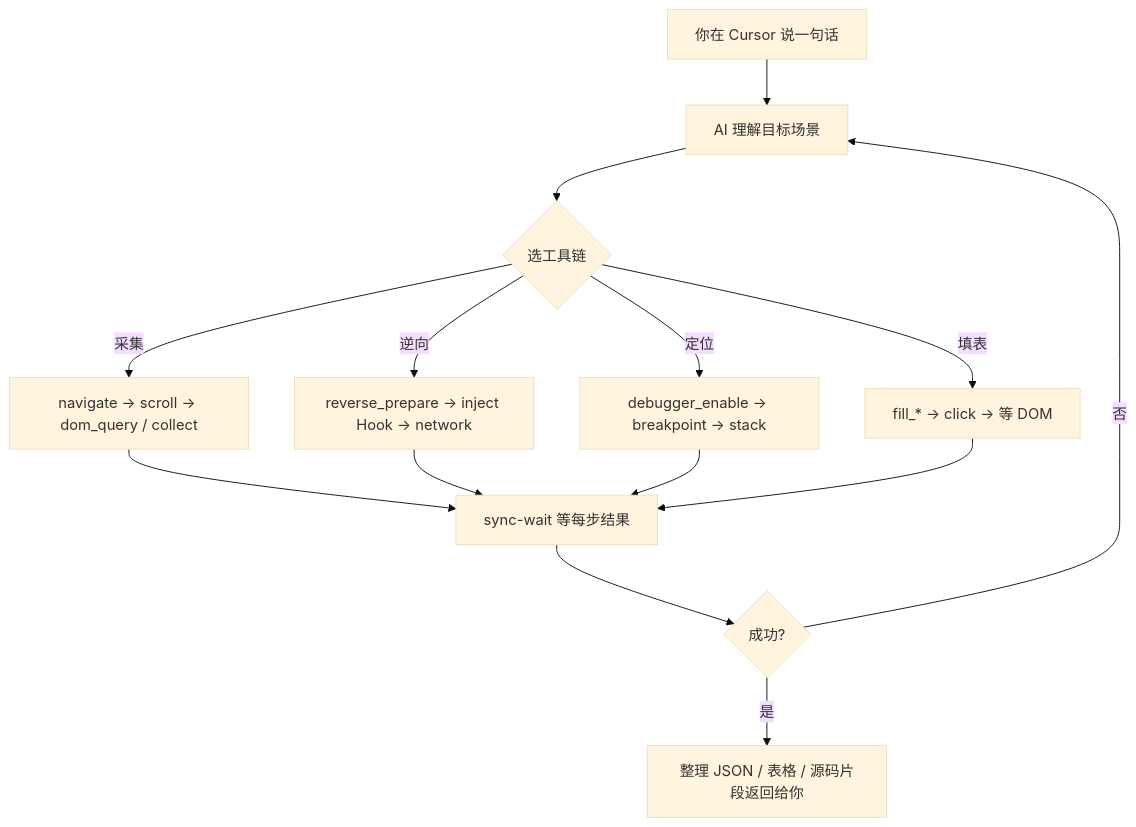
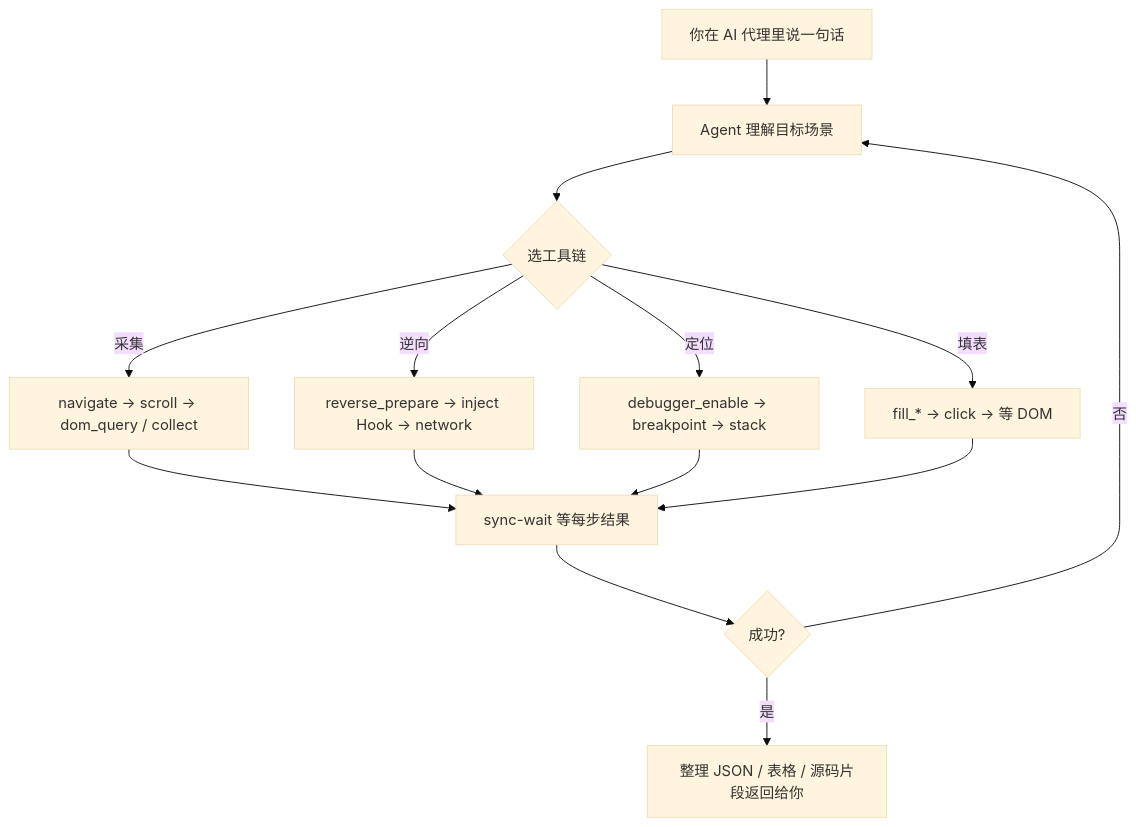
The second of 3 diagrams in README.md (AI-XiaoDao/ai-browser-mcp), drawn with Mermaid (base theme) before and after one commit. The commit also changed other lines of this file and 5 other files, not shown here.

Commit message:
docs: broaden homepage for any MCP AI agent, not Cursor-only

````diff
--- a/README.md
+++ b/README.md
@@ -173,16 +183,16 @@
 ```mermaid
 flowchart TB
-  U[你在 Cursor 说一句话] --> A[AI 理解目标场景]
+  U[你在 AI 代理里说一句话] --> A[Agent 理解目标场景]
   A --> T{选工具链}
   T -->|采集| C1[navigate → scroll → dom_query / collect]
   T -->|逆向| C2[reverse_prepare → inject Hook → network]
   T -->|定位| C3[debugger_enable → breakpoint → stack]
   T -->|填表| C4[fill_* → click → 等 DOM]
   C1 --> W[sync-wait 等每步结果]
   C2 --> W
   C3 --> W
   C4 --> W
   W --> R{成功?}
   R -->|否| A
   R -->|是| O[整理 JSON / 表格 / 源码片段返回给你]
 ```
````
